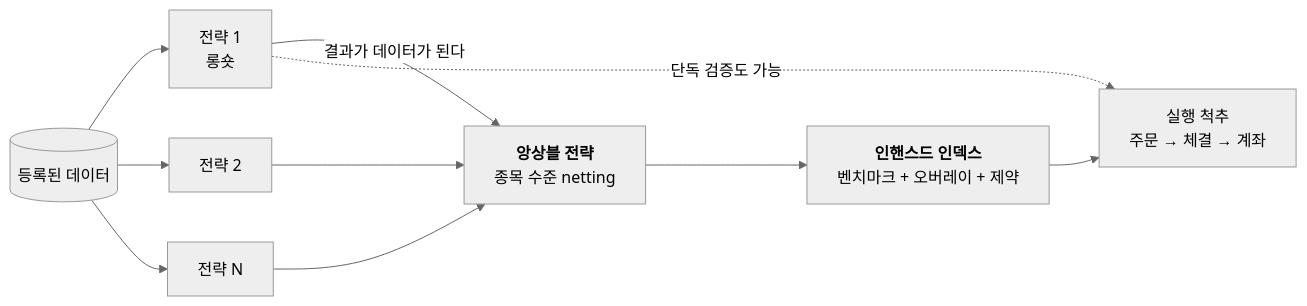
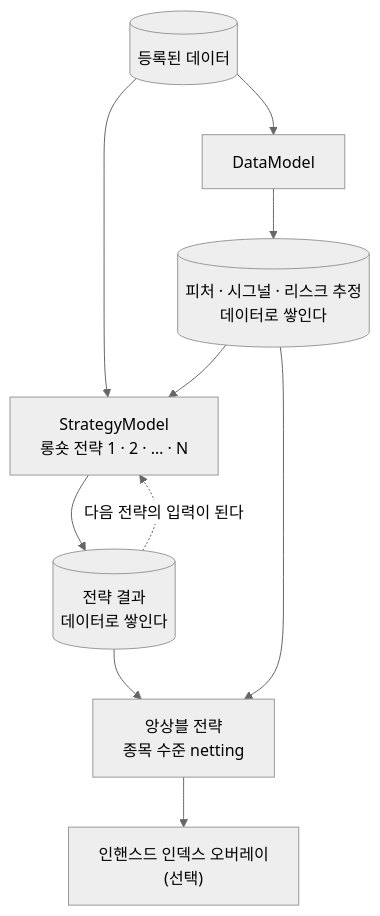
Before and after one commit to jaepil-choi/qlibx: the third of 3 diagrams in README-draft.md, drawn with Mermaid (neutral theme). The commit also changed other lines of this file, not shown here.

````diff
--- a/README-draft.md
+++ b/README-draft.md
@@ -184,19 +165,20 @@
 ```mermaid
-flowchart LR
-    D[("등록된 데이터")]
-    A1["전략 1<br/>롱숏"]
-    A2["전략 2"]
-    A3["전략 N"]
-    ENS["<b>앙상블 전략</b><br/>종목 수준 netting"]
-    EI["<b>인핸스드 인덱스</b><br/>벤치마크 + 오버레이 + 제약"]
-    SPINE["실행 척추<br/>주문 → 체결 → 계좌"]
+flowchart TD
+    RAW[("등록된 데이터")]
+    DM["DataModel"]
+    FEAT[("피처 · 시그널 · 리스크 추정<br/>데이터로 쌓인다")]
+    ST["StrategyModel<br/>롱숏 전략 1 · 2 · … · N"]
+    POOL[("전략 결과<br/>데이터로 쌓인다")]
+    ENS["앙상블 전략<br/>종목 수준 netting"]
+    EI["인핸스드 인덱스 오버레이<br/>(선택)"]
 
-    D --> A1
-    D --> A2
-    D --> A3
-    A1 -->|"결과가 데이터가 된다"| ENS
-    A2 --> ENS
-    A3 --> ENS
-    ENS --> EI --> SPINE
-    A1 -.->|"단독 검증도 가능"| SPINE
+    RAW --> DM
+    DM --> FEAT
+    RAW --> ST
+    FEAT --> ST
+    ST --> POOL
+    POOL -.->|"다음 전략의 입력이 된다"| ST
+    POOL --> ENS
+    FEAT --> ENS
+    ENS --> EI
 ```
````
